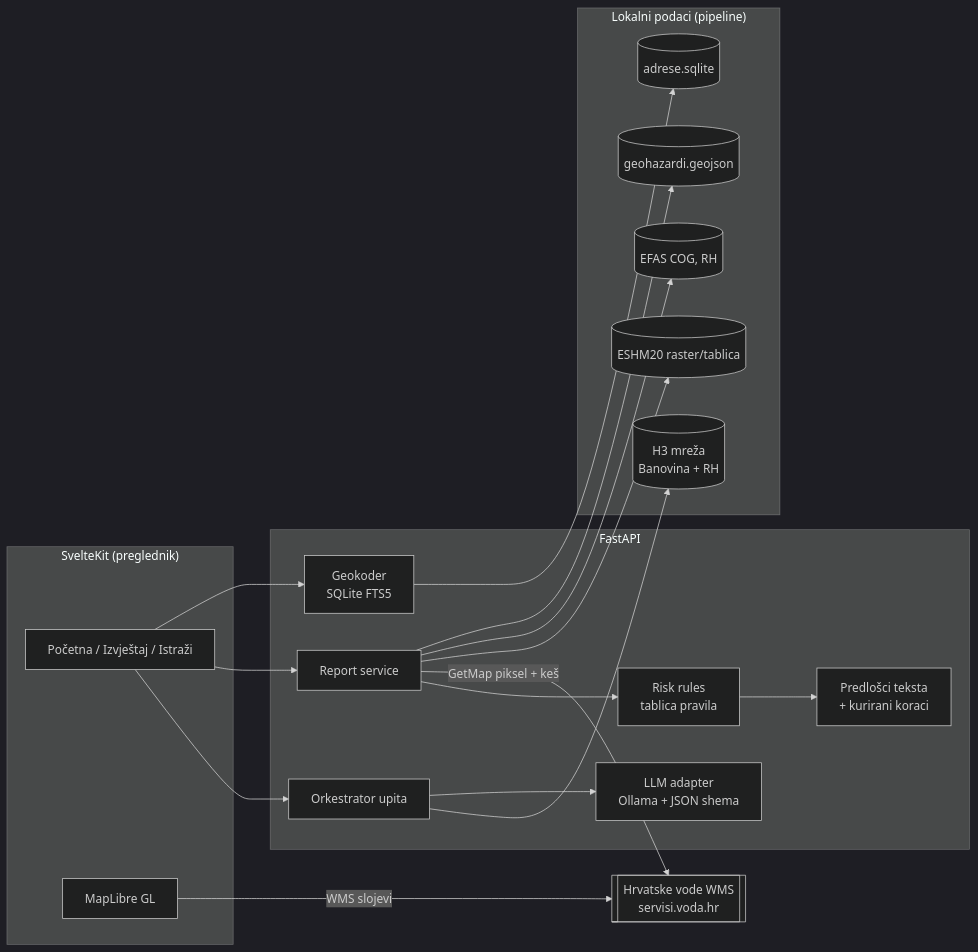
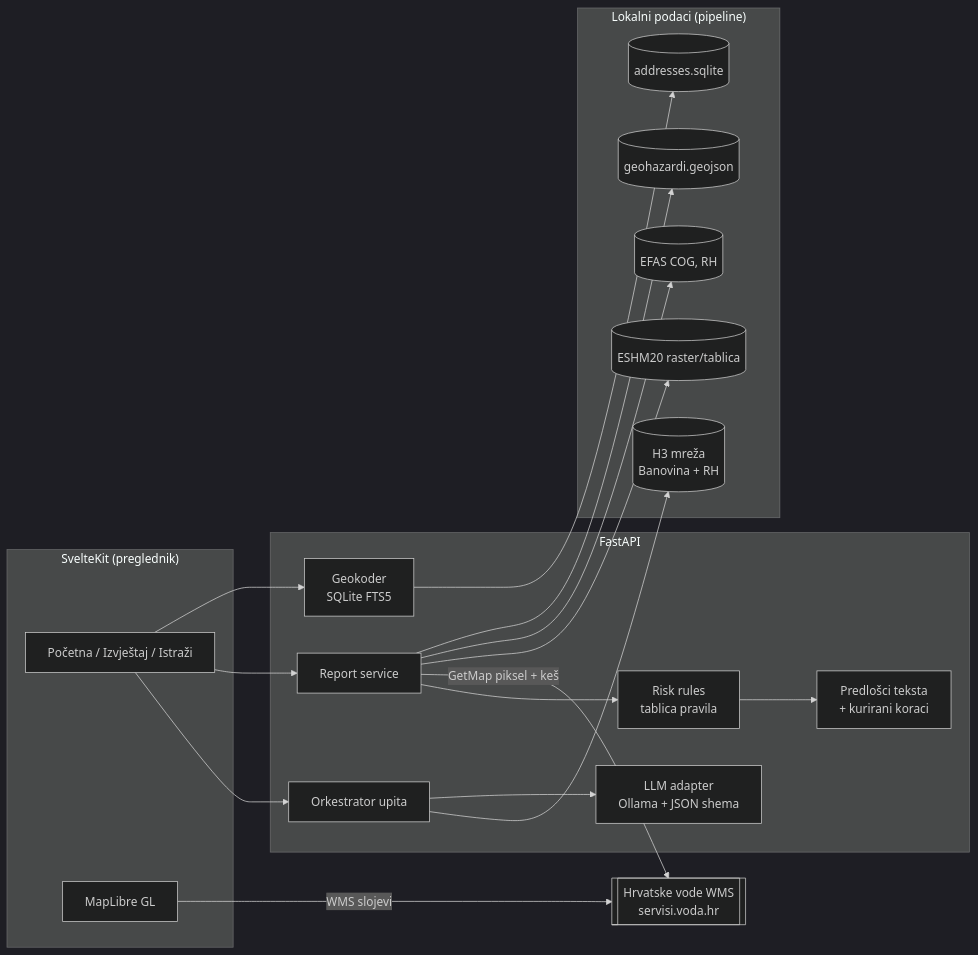
Before and after one commit to maaxxg/Datathon: the diagram in docs/ARCHITECTURE.md, drawn with Mermaid (dark theme). The commit also changed other lines of this file and 1 other file, not shown here.

Commit message:
docs: record PR #1 merge (address geocoder) and checkpoint status

````diff
--- a/docs/ARCHITECTURE.md
+++ b/docs/ARCHITECTURE.md
@@ -7,33 +7,33 @@
 ```mermaid
 flowchart LR
   subgraph Client["SvelteKit (preglednik)"]
     UI[Početna / Izvještaj / Istraži]
     MAP[MapLibre GL]
   end
   subgraph API["FastAPI"]
     GEO[Geokoder<br/>SQLite FTS5]
     RPT[Report service]
     RULES[Risk rules<br/>tablica pravila]
     ORCH[Orkestrator upita]
     LLM[LLM adapter<br/>Ollama + JSON shema]
     TPL[Predlošci teksta<br/>+ kurirani koraci]
   end
   subgraph Local["Lokalni podaci (pipeline)"]
-    ADR[(adrese.sqlite)]
+    ADR[(addresses.sqlite)]
     GH[(geohazardi.geojson)]
     EFAS[(EFAS COG, RH)]
     ESHM[(ESHM20 raster/tablica)]
     H3[(H3 mreža<br/>Banovina + RH)]
   end
   HV[[Hrvatske vode WMS<br/>servisi.voda.hr]]
 
   UI --> GEO --> ADR
   UI --> RPT
   RPT --> GH & EFAS & ESHM
   RPT -- GetMap piksel + keš --> HV
   RPT --> RULES --> TPL
   UI --> ORCH
   ORCH --> LLM
   ORCH --> H3
   MAP -- WMS slojevi --> HV
 ```
````
